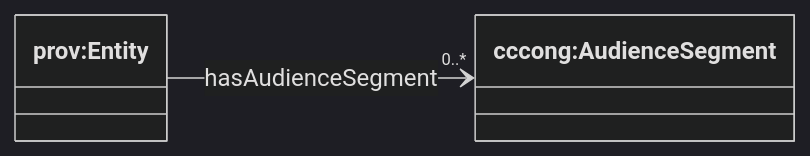
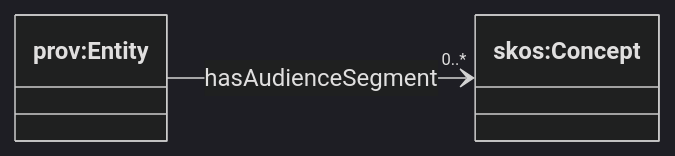
The diagram in packages/churchcore-congregation/docs/ontology/audience.md (RichCanvas3/churchcore), drawn with Mermaid (dark theme) before and after one commit. The commit also changed other lines of this file and 8 other files, not shown here.

````diff
--- a/packages/churchcore-congregation/docs/ontology/audience.md
+++ b/packages/churchcore-congregation/docs/ontology/audience.md
@@ -16,9 +16,9 @@
 ```mermaid
 classDiagram
 direction LR
 
 class prov_Entity["prov:Entity"]
-class cccong_AudienceSegment["cccong:AudienceSegment"]
+class skos_Concept["skos:Concept"]
 
-prov_Entity --> "0..*" cccong_AudienceSegment : hasAudienceSegment
+prov_Entity --> "0..*" skos_Concept : hasAudienceSegment
 ```
````
